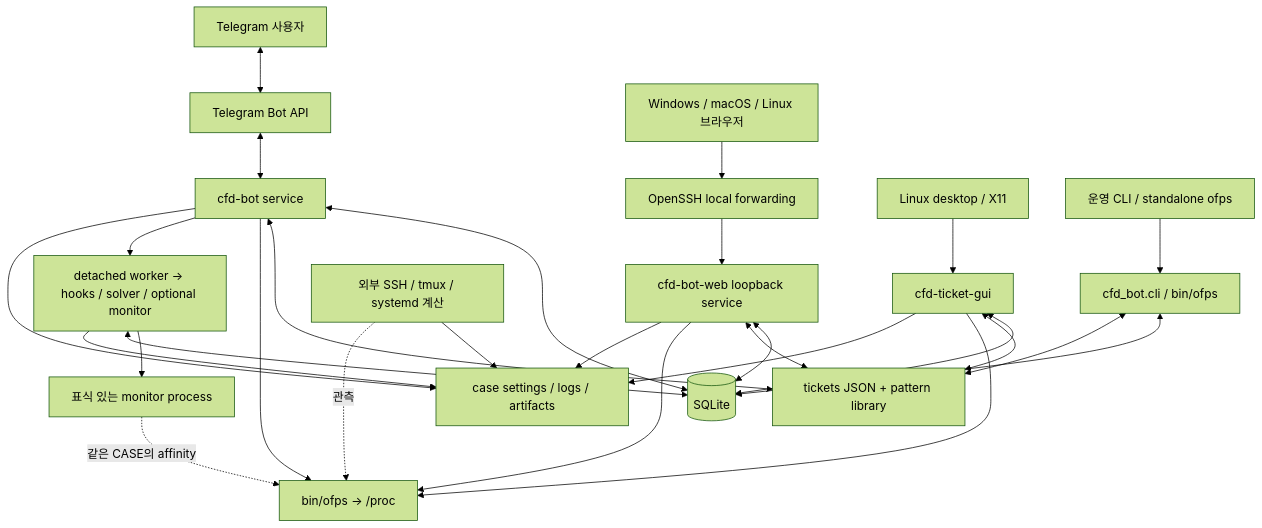
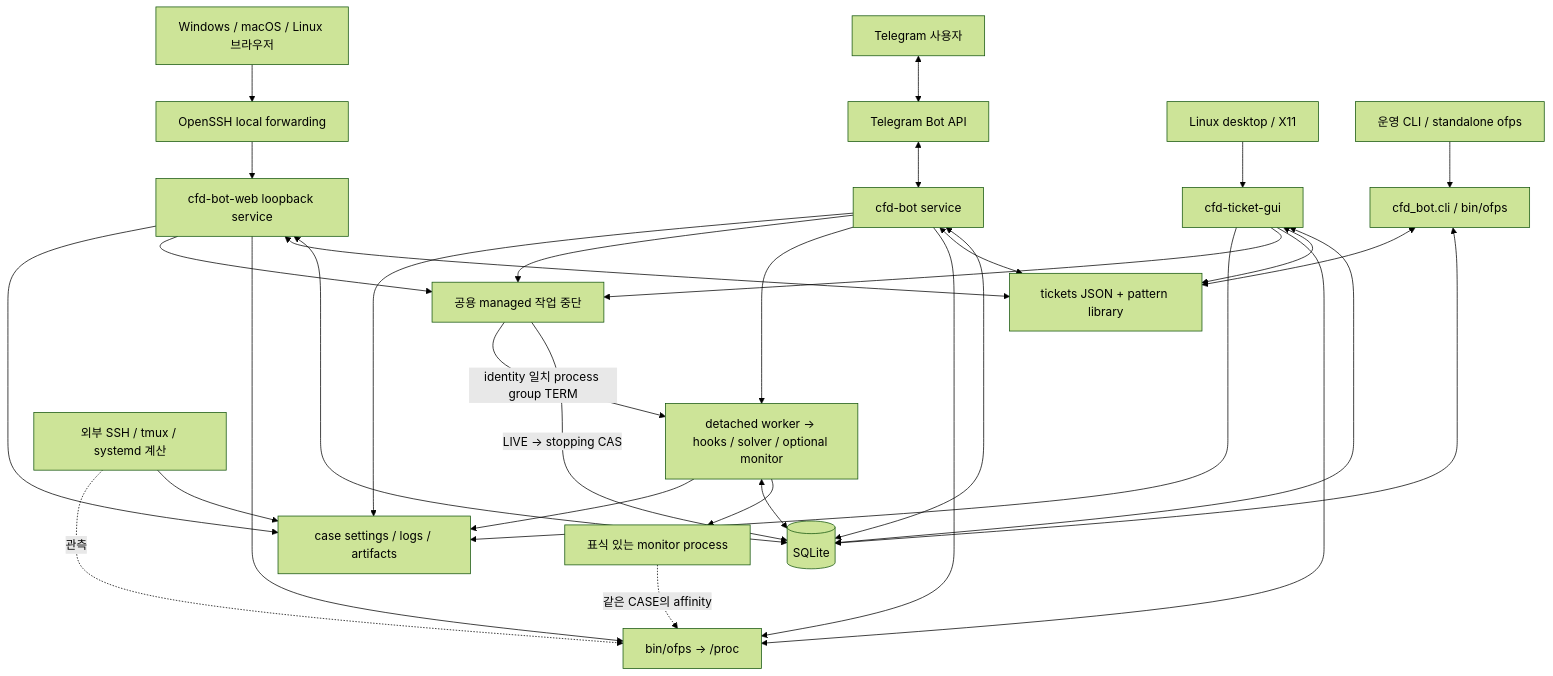
One commit to jo0n-lab/cfd-bot changed the first of 2 diagrams in docs/HLD.md. Above: the diagram before and after it, drawn with Mermaid (forest theme). The commit also changed other lines of this file and 47 other files, not shown here.

Commit message:
feat: stop running managed jobs safely

````diff
--- a/docs/HLD.md
+++ b/docs/HLD.md
@@ -26,30 +26,35 @@
 ```mermaid
 flowchart TB
     TG[Telegram 사용자] <--> API[Telegram Bot API]
     API <--> BOT[cfd-bot service]
     PC[Windows / macOS / Linux 브라우저] --> SSH[OpenSSH local forwarding]
     SSH --> WEB[cfd-bot-web loopback service]
     DESK[Linux desktop / X11] --> GUI[cfd-ticket-gui]
     ADMIN[운영 CLI / standalone ofps] --> CLI[cfd_bot.cli / bin/ofps]
     BOT <--> DB[(SQLite)]
     WEB <--> DB
     GUI <--> DB
     CLI <--> DB
     BOT <--> JSON[tickets JSON + pattern library]
     WEB <--> JSON
     GUI <--> JSON
     CLI <--> JSON
     BOT --> SCAN[bin/ofps → /proc]
     WEB --> SCAN
     GUI --> SCAN
     BOT --> WORKER[detached worker → hooks / solver / optional monitor]
     WORKER --> MP[표식 있는 monitor process]
     MP -. 같은 CASE의 affinity .-> SCAN
     WORKER <--> DB
     WORKER --> CASE[case settings / logs / artifacts]
+    BOT --> STOP[공용 managed 작업 중단]
+    WEB --> STOP
+    GUI --> STOP
+    STOP -->|LIVE → stopping CAS| DB
+    STOP -->|identity 일치 process group TERM| WORKER
     BOT --> CASE
     WEB --> CASE
     GUI --> CASE
     EXT[외부 SSH / tmux / systemd 계산] --> CASE
     EXT -. 관측 .-> SCAN
 ```
````
